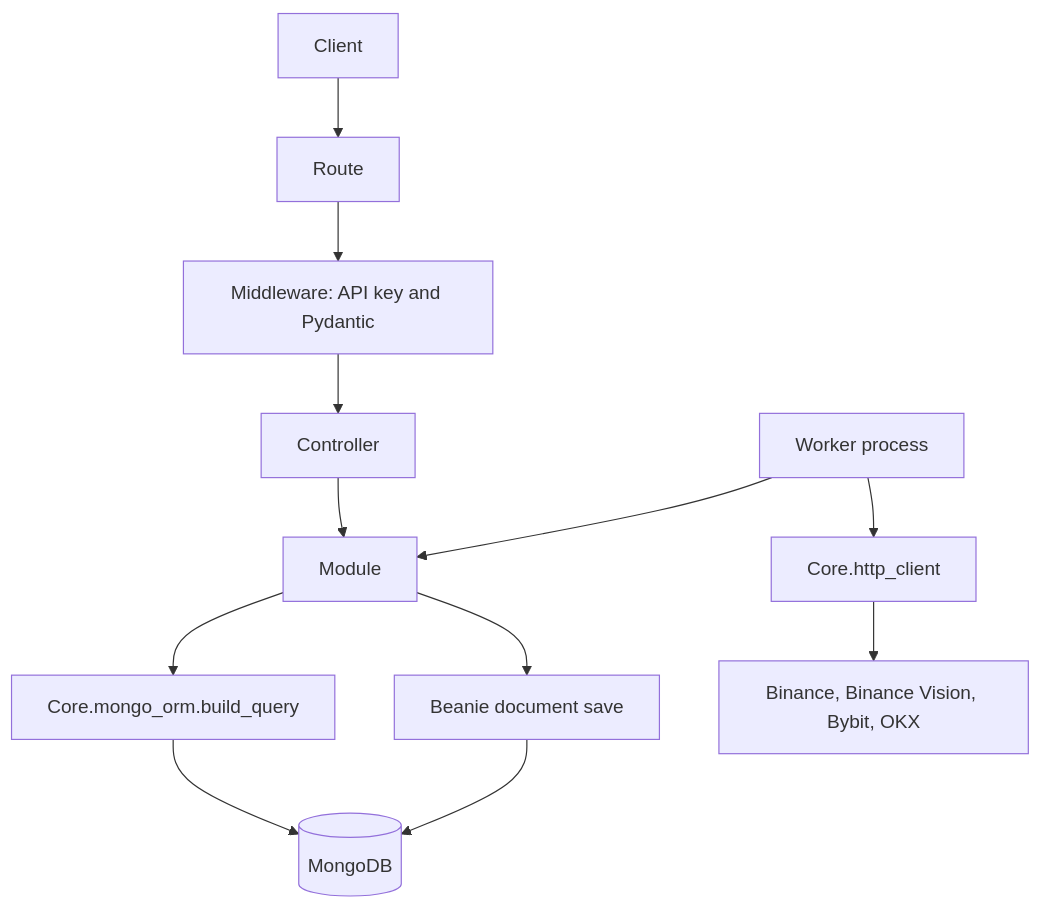
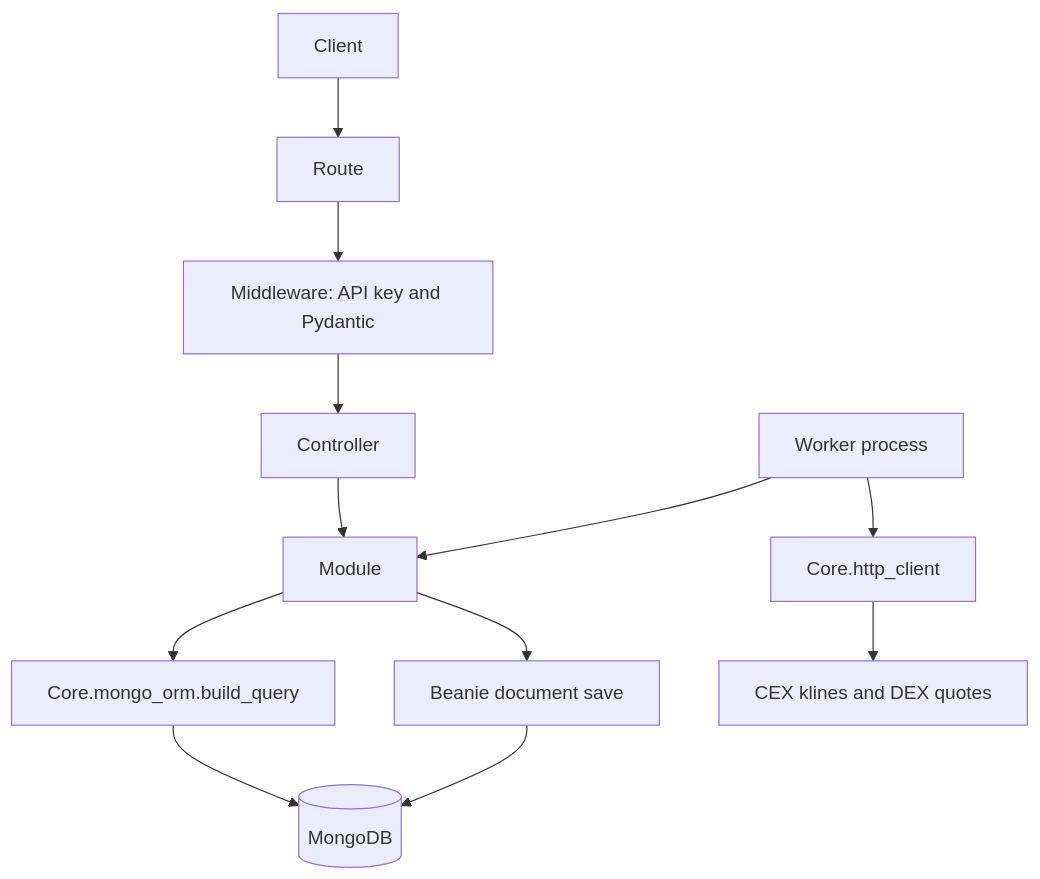
One commit to migueltrevinom/crypto-signals-with-grok-bot changed the first of 2 diagrams in docs/architecture.md. Above: the diagram before and after it, drawn with Mermaid. The commit also changed other lines of this file and 132 other files, not shown here.

````diff
--- a/docs/architecture.md
+++ b/docs/architecture.md
@@ -51,20 +51,20 @@
 ```mermaid
 flowchart TD
   client[Client]
   route[Route]
   mw[Middleware: API key and Pydantic]
   ctrl[Controller]
   mod[Module]
   orm[Core.mongo_orm.build_query]
   model[Beanie document save]
   mongo[(MongoDB)]
   worker[Worker process]
   http[Core.http_client]
-  exchanges[Binance, Binance Vision, Bybit, OKX]
+  exchanges[CEX klines and DEX quotes]
 
   client --> route --> mw --> ctrl --> mod
   mod --> orm --> mongo
   mod --> model --> mongo
   worker --> mod
   worker --> http --> exchanges
 ```
````
